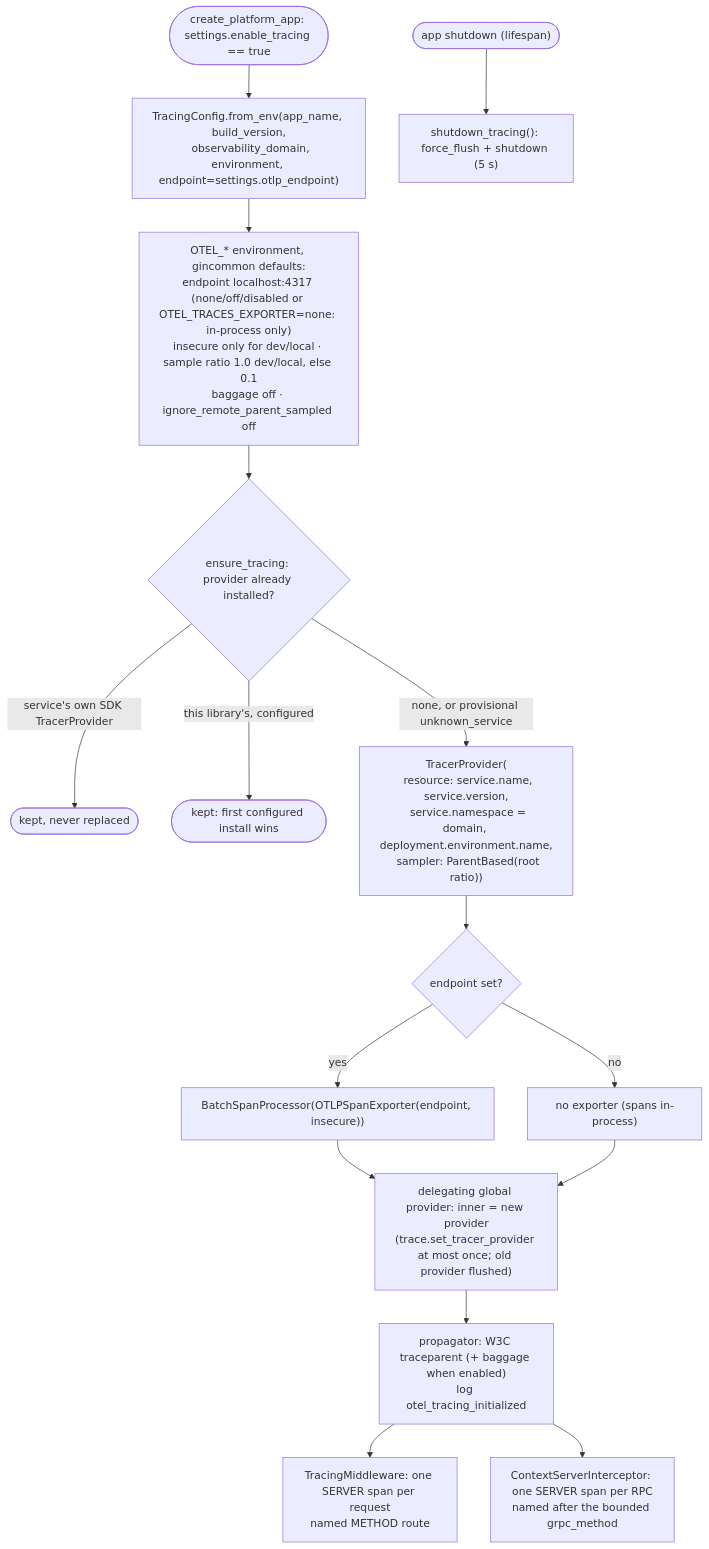
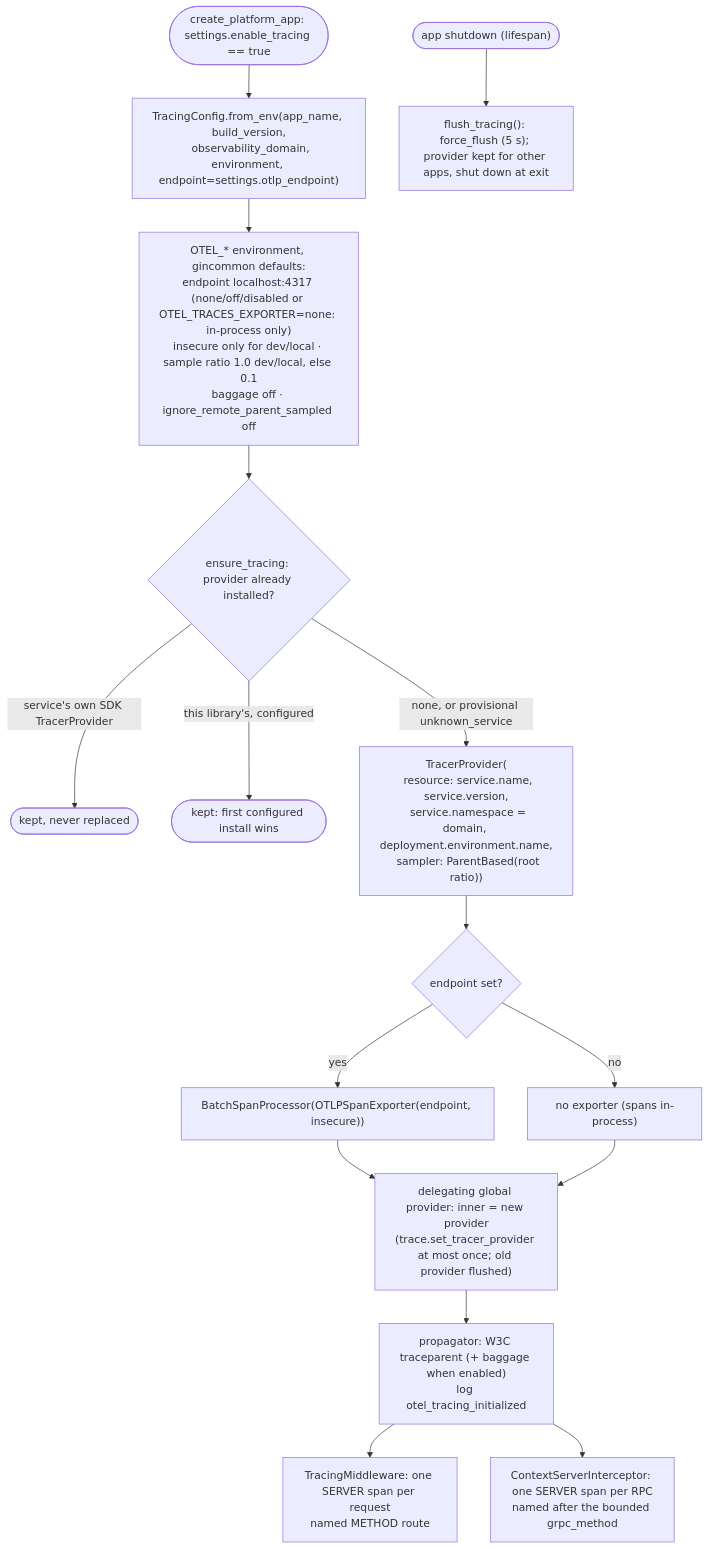
One commit to BCBP-SOLUTIONS-FZC-LLC/platform-fastapicommon changed the diagram in docs/architecture/mermaid/tracing-initialization.mmd. Above: the diagram before and after it, drawn with Mermaid. The commit also changed 25 other files, not shown here.

```diff
--- a/docs/architecture/mermaid/tracing-initialization.mmd
+++ b/docs/architecture/mermaid/tracing-initialization.mmd
@@ -1,16 +1,16 @@
 flowchart TD
     A([create_platform_app: settings.enable_tracing == true]) --> B["TracingConfig.from_env(app_name, build_version,\n  observability_domain, environment, endpoint=settings.otlp_endpoint)"]
     B --> C["OTEL_* environment, gincommon defaults:\nendpoint localhost:4317 (none/off/disabled or OTEL_TRACES_EXPORTER=none: in-process only)\ninsecure only for dev/local · sample ratio 1.0 dev/local, else 0.1\nbaggage off · ignore_remote_parent_sampled off"]
     C --> D{ensure_tracing: provider already installed?}
     D -- "service's own SDK TracerProvider" --> K([kept, never replaced])
     D -- "this library's, configured" --> K2([kept: first configured install wins])
     D -- "none, or provisional unknown_service" --> E["TracerProvider(\n  resource: service.name, service.version,\n  service.namespace = domain, deployment.environment.name,\n  sampler: ParentBased(root ratio))"]
     E --> F{endpoint set?}
     F -- yes --> G["BatchSpanProcessor(OTLPSpanExporter(endpoint, insecure))"]
     F -- no --> H["no exporter (spans in-process)"]
     G --> I["delegating global provider: inner = new provider\n(trace.set_tracer_provider at most once; old provider flushed)"]
     H --> I
     I --> J["propagator: W3C traceparent (+ baggage when enabled)\nlog otel_tracing_initialized"]
     J --> L["TracingMiddleware: one SERVER span per request\nnamed METHOD route"]
     J --> M["ContextServerInterceptor: one SERVER span per RPC\nnamed after the bounded grpc_method"]
-    N(["app shutdown (lifespan)"]) --> O["shutdown_tracing(): force_flush + shutdown (5 s)"]
+    N(["app shutdown (lifespan)"]) --> O["flush_tracing(): force_flush (5 s); provider kept for other apps, shut down at exit"]
```
